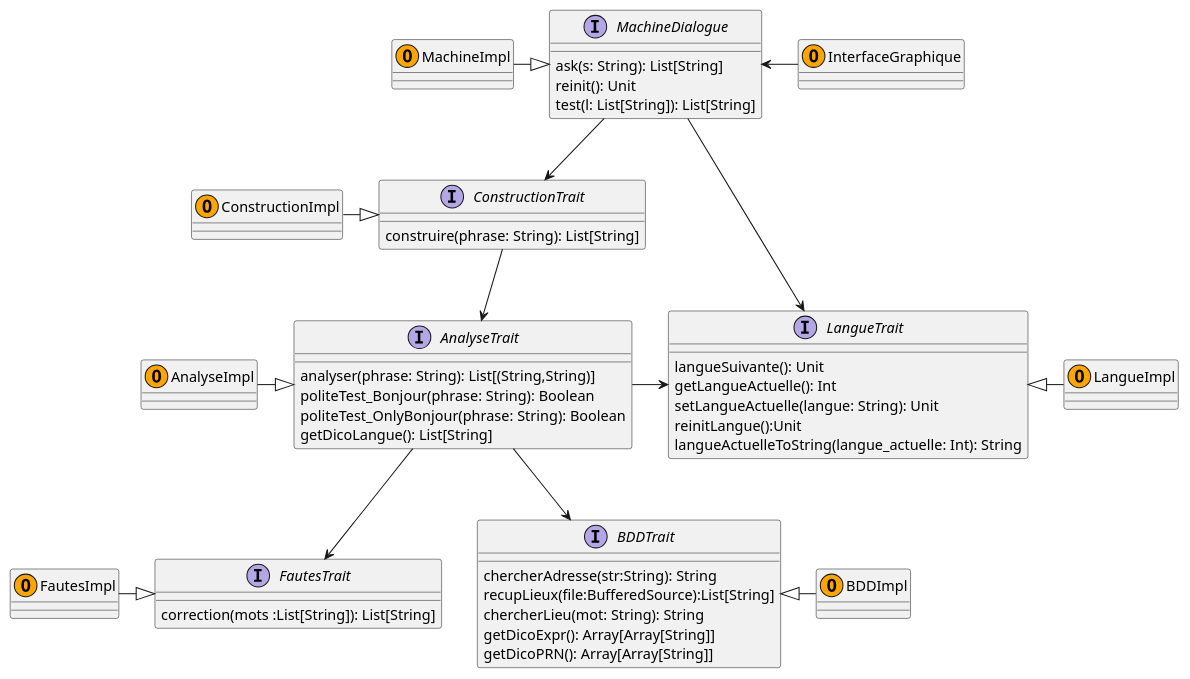
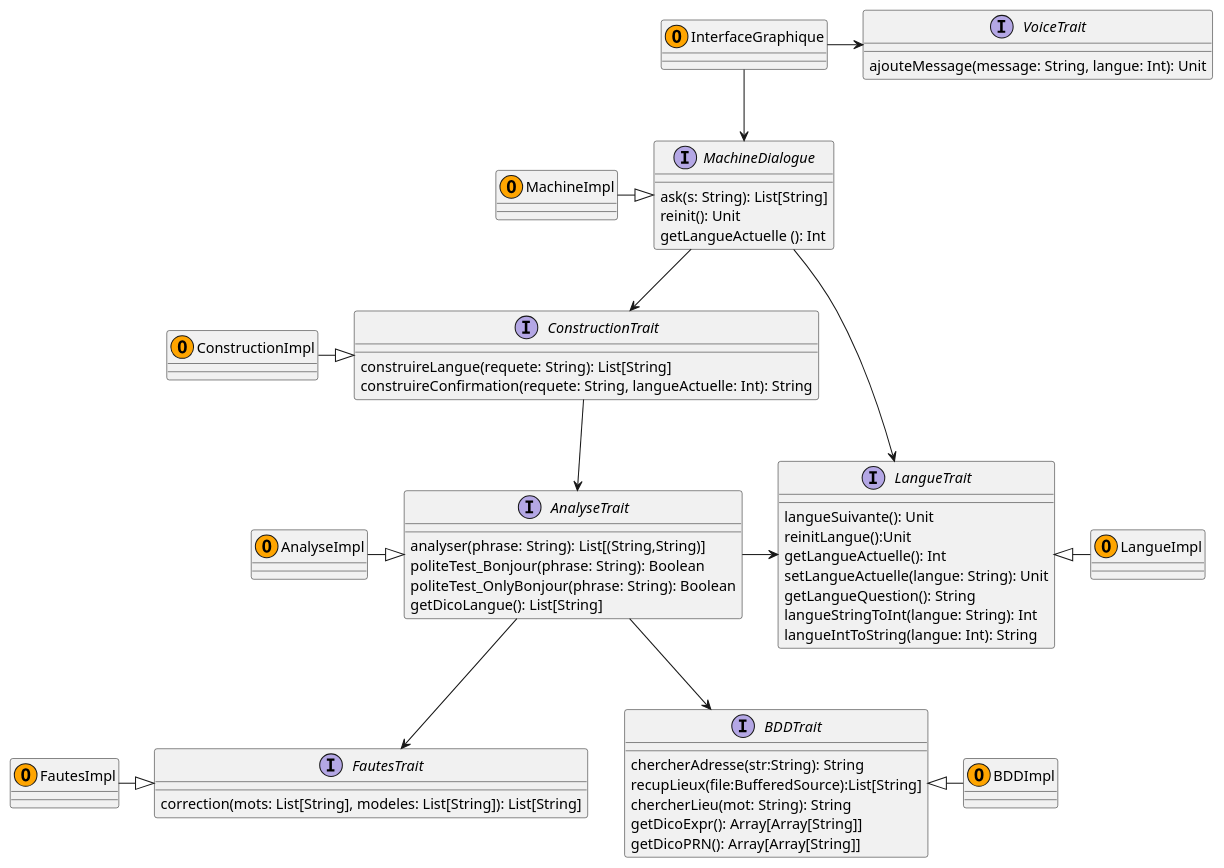
Before and after one commit to mathisglt/AvatarBacchus: the diagram in src/main/scala/diagramme/diag_imp.plantuml, drawn with PlantUML.

Commit message:
Mise à jour du diagramme (reste bdd et analyse_phrase et analyse_html à faire)

```diff
--- a/src/main/scala/diagramme/diag_imp.plantuml
+++ b/src/main/scala/diagramme/diag_imp.plantuml
@@ -1,69 +1,73 @@
 @startuml Avatar
 
 interface BDDTrait{
 	chercherAdresse(str:String): String
 	recupLieux(file:BufferedSource):List[String]
 	chercherLieu(mot: String): String
 	getDicoExpr(): Array[Array[String]]
 	getDicoPRN(): Array[Array[String]]
 }
 
 interface MachineDialogue {
 	ask(s: String): List[String]
 	reinit(): Unit
-	test(l: List[String]): List[String]
+	getLangueActuelle (): Int 
 }
 
 interface ConstructionTrait{
-	construire(phrase: String): List[String]
-}
-
-interface InterfaceGraphique{
-
+	construireLangue(requete: String): List[String]
+	construireConfirmation(requete: String, langueActuelle: Int): String
 }
 
 interface FautesTrait{
-	correction(mots :List[String]): List[String]
+	correction(mots: List[String], modeles: List[String]): List[String]
+}
+
+interface VoiceTrait{
+	ajouteMessage(message: String, langue: Int): Unit
 }
 
 interface AnalyseTrait{
 	analyser(phrase: String): List[(String,String)]
 	politeTest_Bonjour(phrase: String): Boolean
 	politeTest_OnlyBonjour(phrase: String): Boolean
 	getDicoLangue(): List[String]
 }
 
 interface LangueTrait{
 	langueSuivante(): Unit
+	reinitLangue():Unit
  	getLangueActuelle(): Int
   	setLangueActuelle(langue: String): Unit
-  	reinitLangue():Unit
-  	langueActuelleToString(langue_actuelle: Int): String
+  	getLangueQuestion(): String
+  	langueStringToInt(langue: String): Int
+	langueIntToString(langue: Int): String
 }
 
 
 class MachineImpl <<(O,Orange)>>
 class InterfaceGraphique <<(O,Orange)>>
 class ConstructionImpl <<(O,Orange)>>
 class AnalyseImpl <<(O,Orange)>>
 class BDDImpl <<(O,Orange)>>
 class FautesImpl <<(O,Orange)>>
 class LangueImpl <<(O,Orange)>>
 
 MachineImpl -|> MachineDialogue
 BDDTrait <|-  BDDImpl
 ConstructionImpl -|>  ConstructionTrait
 AnalyseImpl -|>  AnalyseTrait
 FautesImpl -|> FautesTrait
 LangueTrait <|-  LangueImpl
 
 MachineDialogue --> ConstructionTrait
-MachineDialogue <- InterfaceGraphique
+InterfaceGraphique --> MachineDialogue 
+InterfaceGraphique -> VoiceTrait 
 ConstructionTrait --> AnalyseTrait
 
 AnalyseTrait -> LangueTrait
 AnalyseTrait --> FautesTrait
 AnalyseTrait --> BDDTrait
 MachineDialogue --> LangueTrait
 
 @enduml
```
